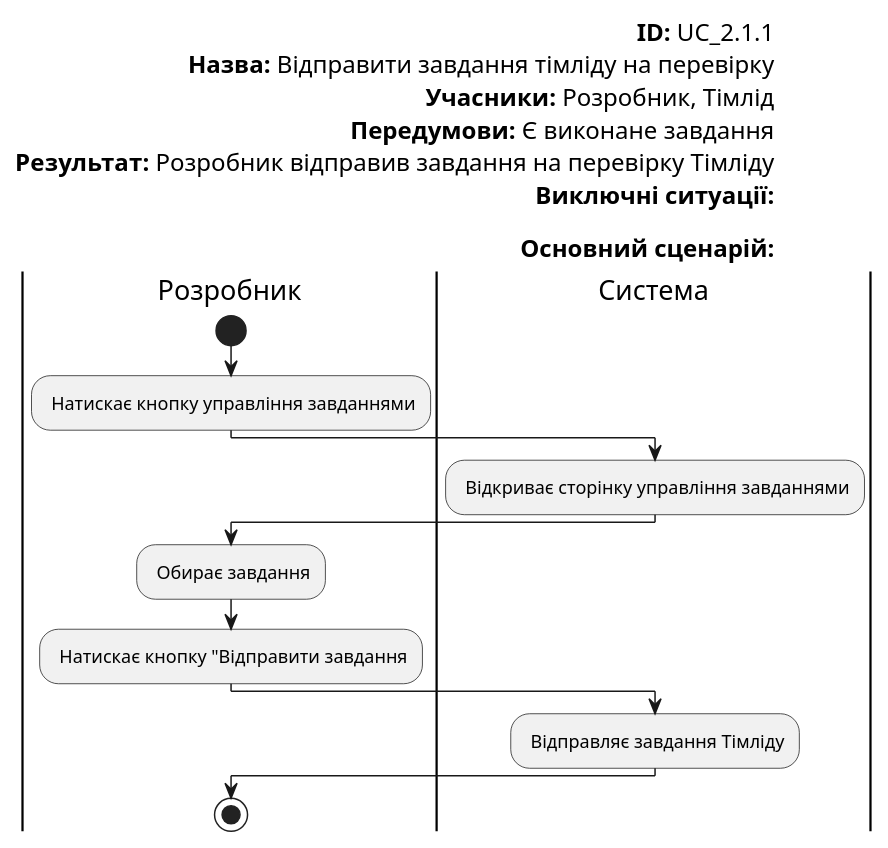
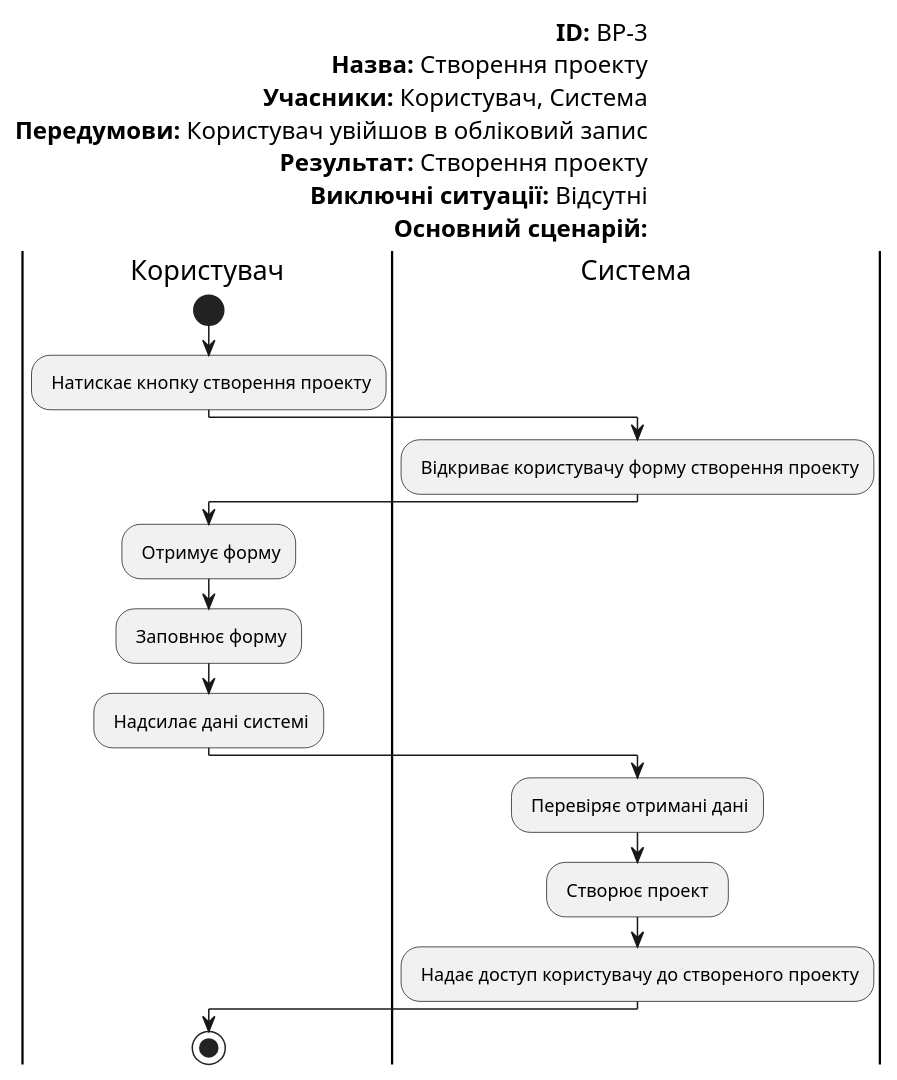
One commit to edu-db/edu_db_labs changed the fifth of 9 diagrams in docs/use cases/README.md. Above: the diagram before and after it, drawn with PlantUML. The commit also changed other lines of this file, not shown here.

```diff
--- a/docs/use cases/README.md
+++ b/docs/use cases/README.md
@@ -244,26 +262,35 @@
 @startuml
 
     left header
-    <font color=000 size=16><b>ID:</b> UC_2.1.1
-    <font color=000 size=16><b>Назва:</b> Відправити завдання тімліду на перевірку
-    <font color=000 size=16><b>Учасники:</b> Розробник, Тімлід
-    <font color=000 size=16><b>Передумови:</b> Є виконане завдання
-    <font color=000 size=16><b>Результат:</b> Розробник відправив завдання на перевірку Тімліду
-    <font color=000 size=16><b>Виключні ситуації:</b>
-
-    <font color=000 size=16><b>Основний сценарій:</b>
+<font color=000 size=16><b>ID:</b> ВP-3
+<font color=000 size=16><b>Назва:</b> Створення проекту
+<font color=000 size=16><b>Учасники:</b> Користувач, Система
+<font color=000 size=16><b>Передумови:</b> Користувач увійшов в обліковий запис
+<font color=000 size=16><b>Результат:</b> Створення проекту
+<font color=000 size=16><b>Виключні ситуації:</b> Відсутні
+<font color=000 size=16><b>Основний сценарій:</b>
 end header
 
-    |Розробник|
-        start
-        : Натискає кнопку управління завданнями;
-    |Система|
-        : Відкриває сторінку управління завданнями;
-    |Розробник|
-        : Обирає завдання;
-        : Натискає кнопку "Відправити завдання;
-    |Система|   
-        : Відправляє завдання Тімліду;
-    |Розробник|
-        stop;
+|Користувач|
+    start
+    : Натискає кнопку створення проекту;
+|Система|
+    : Відкриває користувачу форму створення проекту;
+|Користувач|
+    : Отримує форму;
+|Користувач|
+    : Заповнює форму;
+|Користувач|
+    : Надсилає дані системі;
+|Система|   
+    : Перевіряє отримані дані;
+    
+
+|Система|   
+    : Створює проект ;
+ 
+    : Надає доступ користувачу до створеного проекту;
+    
+|Користувач|
+    stop;
 @enduml
```
